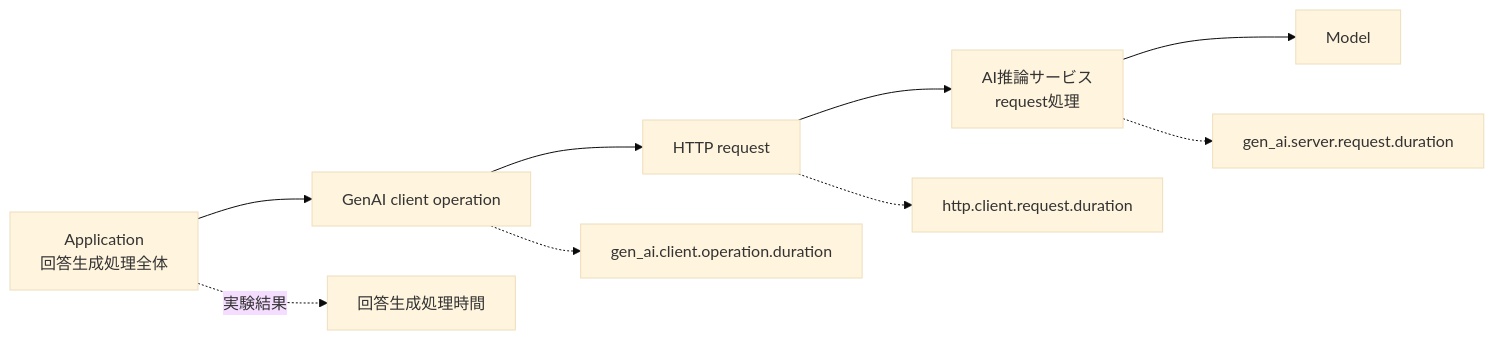
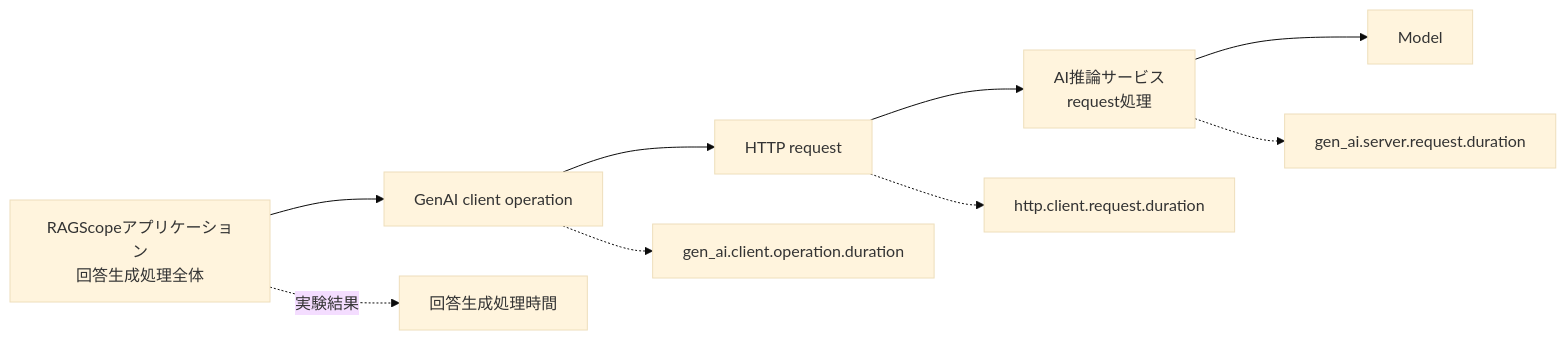
The third of 4 diagrams in Notes/RAGScope/RAGScopeアプリケーション/RS-0023 Metrics設計メモ.md (takashit16833/Workbench), drawn with Mermaid (base theme) before and after one commit. The commit also changed other lines of this file and 4 other files, not shown here.

````diff
--- a/Notes/RAGScope/RAGScopeアプリケーション/RS-0023 Metrics設計メモ.md
+++ b/Notes/RAGScope/RAGScopeアプリケーション/RS-0023 Metrics設計メモ.md
@@ -112,12 +112,12 @@
 ```mermaid
 flowchart LR
-    WHOLE["Application<br>回答生成処理全体"] --> GENAI["GenAI client operation"]
+    WHOLE["RAGScopeアプリケーション<br>回答生成処理全体"] --> GENAI["GenAI client operation"]
     GENAI --> HTTP["HTTP request"]
     HTTP --> AI["AI推論サービス<br>request処理"]
     AI --> MODEL["Model"]
 
     WHOLE -. "実験結果" .-> RESULT["回答生成処理時間"]
     GENAI -.-> GMC["gen_ai.client.operation.duration"]
     HTTP -.-> HMC["http.client.request.duration"]
     AI -.-> GMS["gen_ai.server.request.duration"]
 ```
````
